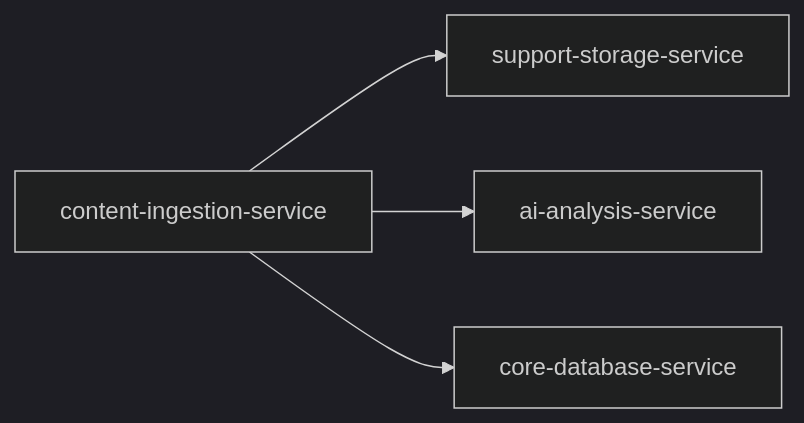
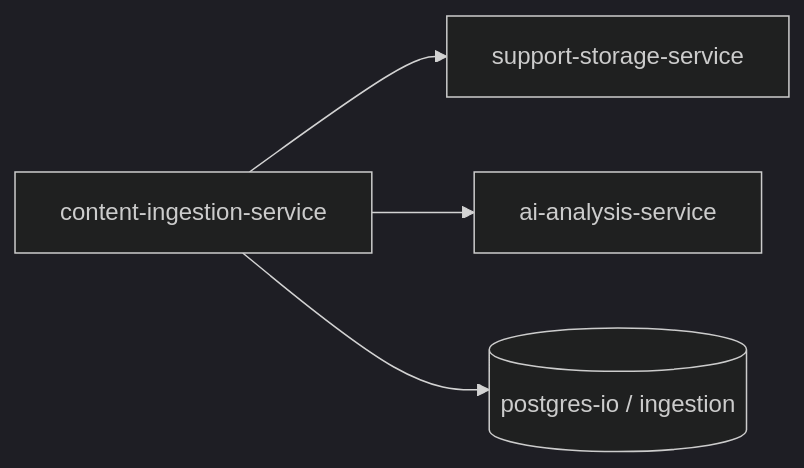
Before and after one commit to VisioBook-ESP/docs-architecture: the second of 4 diagrams in microservices/content-ingestion-service.md, drawn with Mermaid (dark theme). The commit also changed other lines of this file and 15 other files, not shown here.

````diff
--- a/microservices/content-ingestion-service.md
+++ b/microservices/content-ingestion-service.md
@@ -153,6 +153,6 @@
 ```mermaid
 graph LR
     ING[content-ingestion-service] --> STORAGE[support-storage-service]
     ING --> AI[ai-analysis-service]
-    ING --> DB[core-database-service]
+    ING --> PG[(postgres-io / ingestion)]
 ```
````
